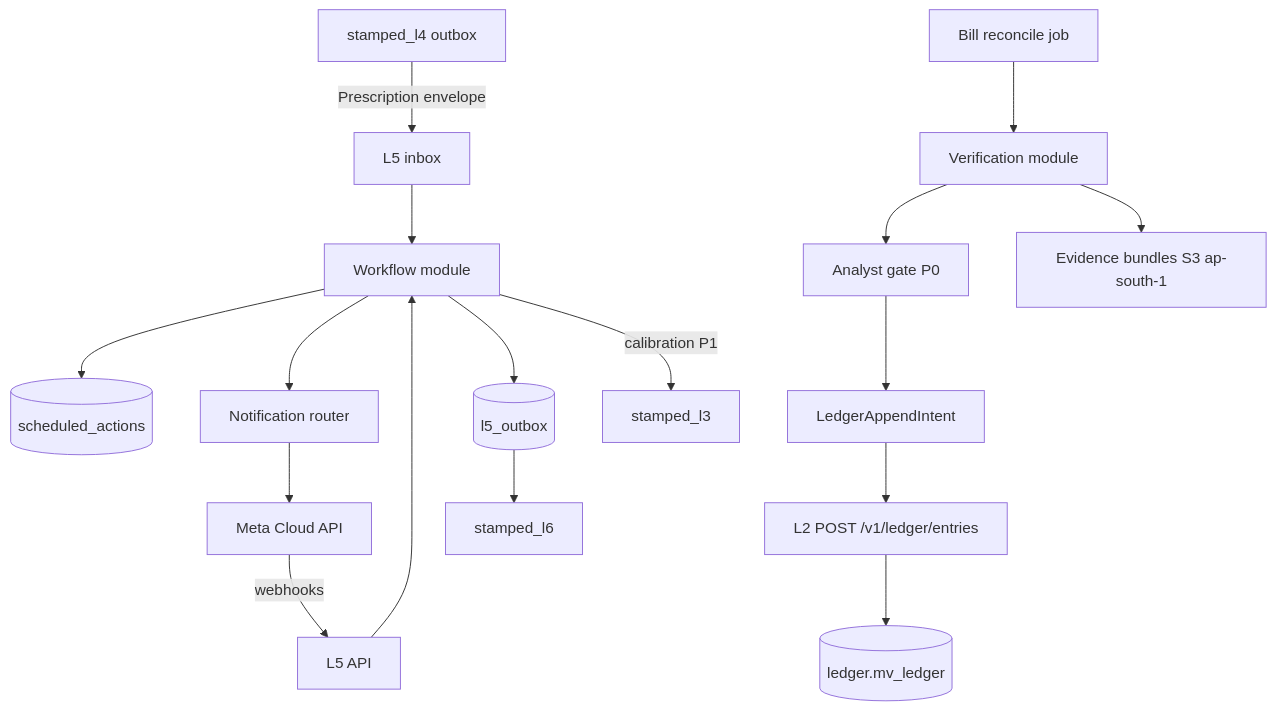
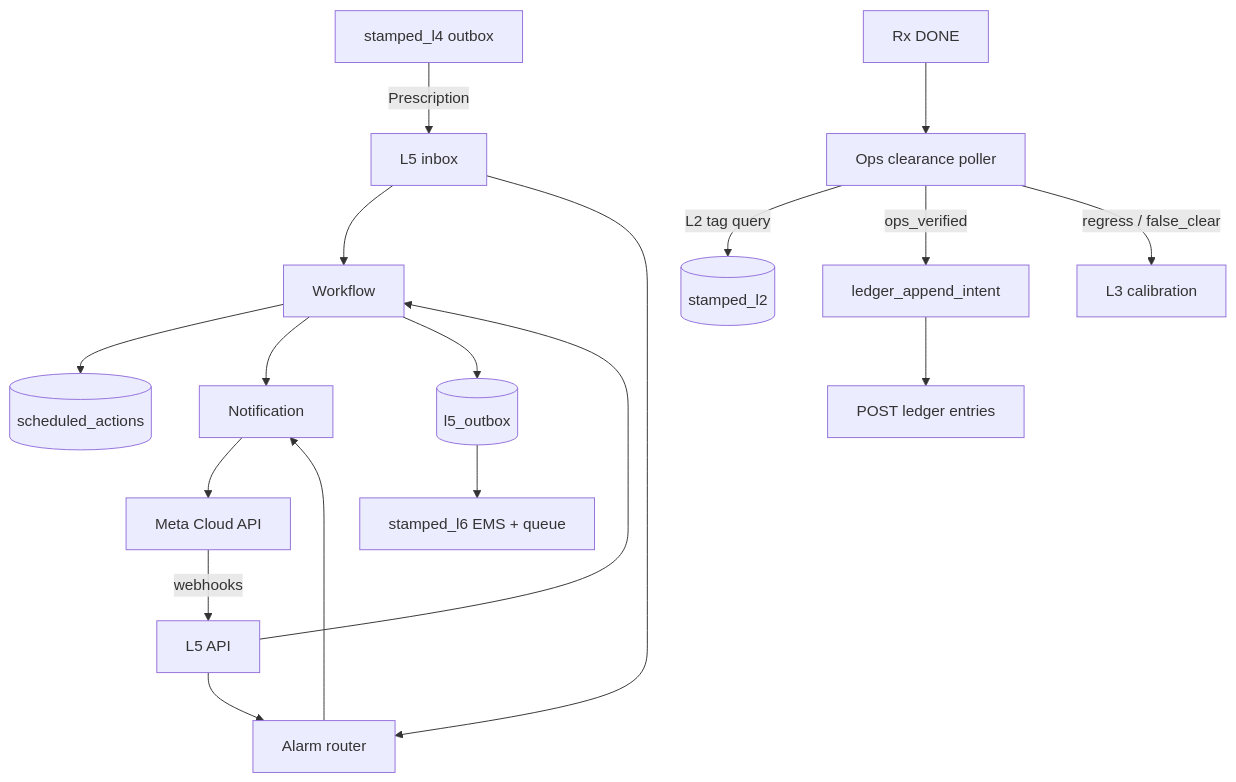
The diagram in technical/layers/L5-closure-and-verification.md (Vinayak-RZ/stamped-external), drawn with Mermaid before and after one commit. The commit also changed other lines of this file and 28 other files, not shown here.

First line of the commit message:
feat(l5): ops-first verification, EMS alarms, Finding 1.1.0

````diff
--- a/technical/layers/L5-closure-and-verification.md
+++ b/technical/layers/L5-closure-and-verification.md
@@ -135,19 +146,20 @@
 ```mermaid
 flowchart TB
-  L4[stamped_l4 outbox] -->|Prescription envelope| Inbox[L5 inbox]
-  Inbox --> WF[Workflow module]
+  L4[stamped_l4 outbox] -->|Prescription| Inbox[L5 inbox]
+  Inbox --> WF[Workflow]
+  Inbox --> Alarm[Alarm router]
   WF --> Timers[(scheduled_actions)]
-  WF --> Notif[Notification router]
+  Alarm --> Notif[Notification]
+  WF --> Notif
   Notif --> Meta[Meta Cloud API]
   Meta -->|webhooks| API[L5 API]
   API --> WF
+  API --> Alarm
+  Done[Rx DONE] --> Clear[Ops clearance poller]
+  Clear -->|L2 tag query| L2[(stamped_l2)]
+  Clear -->|ops_verified| LedgerIntent[ledger_append_intent]
+  LedgerIntent --> L2Append[POST ledger entries]
   WF --> Outbox[(l5_outbox)]
-  BillJob[Bill reconcile job] --> Ver[Verification module]
-  Ver --> Analyst[Analyst gate P0]
-  Analyst --> Intent[LedgerAppendIntent]
-  Intent --> L2Append[L2 POST /v1/ledger/entries]
-  L2Append --> L2[(ledger.mv_ledger)]
-  Outbox --> L6[stamped_l6]
-  Ver --> Evid[Evidence bundles S3 ap-south-1]
-  WF -->|calibration P1| L3[stamped_l3]
+  Outbox --> L6[stamped_l6 EMS + queue]
+  Clear -->|regress / false_clear| L3[L3 calibration]
 ```
````
